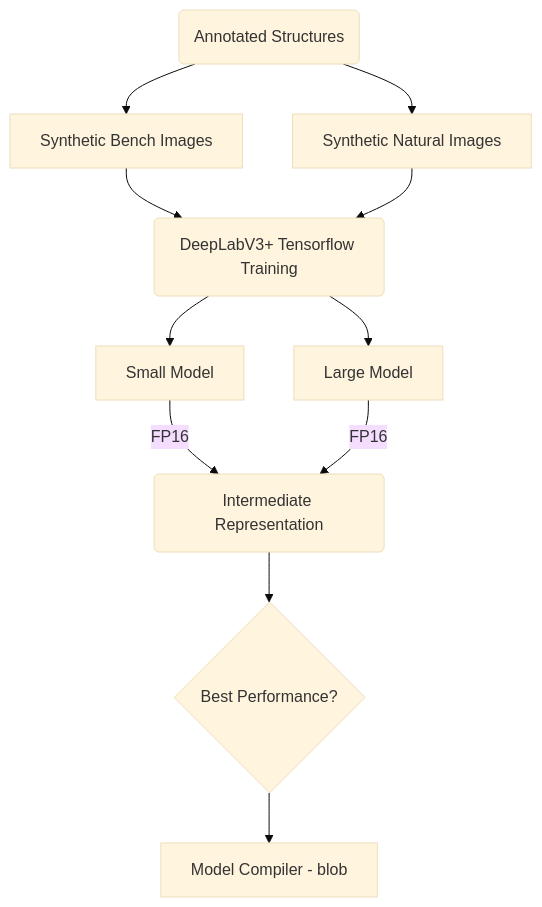
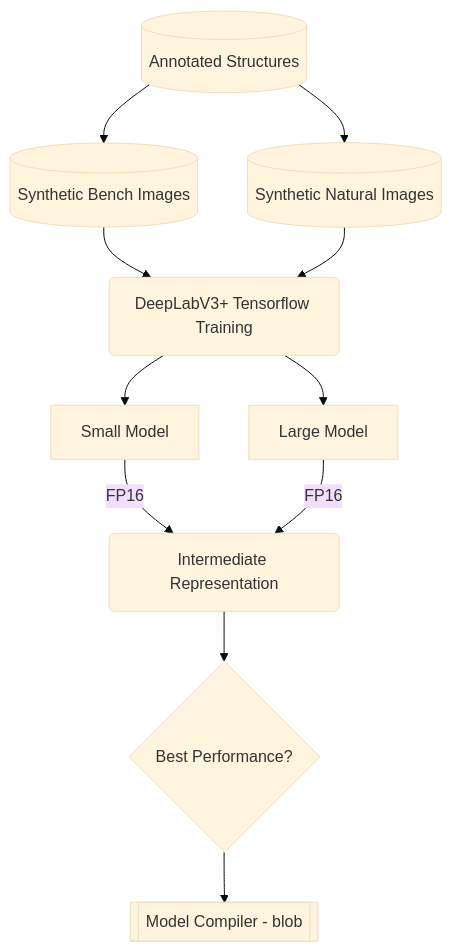
The diagram in 6_CNN_Model_Training/README.md (precision-sustainable-ag/OpenCV_Competition2021), drawn with Mermaid (base theme) before and after one commit.

````diff
--- a/6_CNN_Model_Training/README.md
+++ b/6_CNN_Model_Training/README.md
@@ -3,13 +3,13 @@
 ```mermaid
-  graph TD
-  A(Annotated Structures) --> X((Circle))
-  A --> Y[Synthetic Bench Images] --> Z
-  X[Synthetic Natural Images] --> Z
-  Z(DeepLabV3+ Tensorflow Training) --> M[Small Model]
-  Z --> L[Large Model]
-  IR(Intermediate Representation)
-  M -- FP16 --> IR 
-  L -- FP16 --> IR 
-  IR --> D{Best Performance?}
-  D --> O[Model Compiler - blob]
+ graph TD;
+  A[(Annotated Structures)] --> X;
+  A --> Y[(Synthetic Bench Images)] --> Z;
+  X[(Synthetic Natural Images)] --> Z;
+  Z(DeepLabV3+ Tensorflow Training) --> M[Small Model];
+  Z --> L[Large Model];
+  IR(Intermediate Representation);
+  M -- FP16 --> IR;
+  L -- FP16 --> IR;
+  IR --> D{Best Performance?};
+  D --> O[[Model Compiler - blob]];
 ```
````
